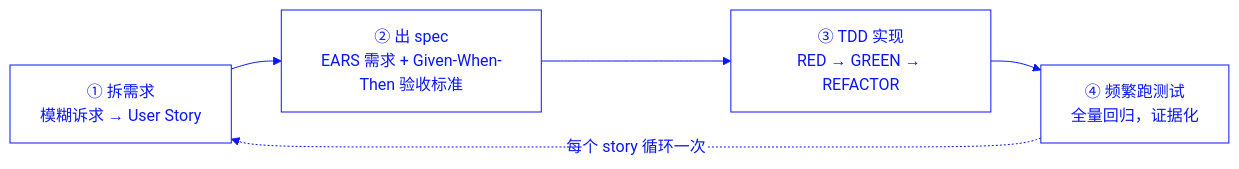
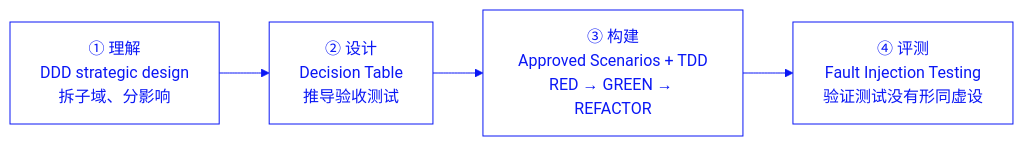
One commit to wubin28/first-pass-trust changed the diagram in ch01/README.md. Above: the diagram before and after it, drawn with Mermaid. The commit also changed other lines of this file and 18 other files, not shown here.

````diff
--- a/ch01/README.md
+++ b/ch01/README.md
@@ -27,13 +31,12 @@
 ```mermaid
 %%{init: {'theme':'base', 'themeVariables': {'primaryColor':'#FFFFFF','primaryTextColor':'#0A17F5','primaryBorderColor':'#0A17F5','lineColor':'#0A17F5','secondaryColor':'#FFFFFF','tertiaryColor':'#FFFFFF','background':'#FFFFFF'}}}%%
 flowchart LR
-    A["① 拆需求<br/>模糊诉求 → User Story"] --> B["② 出 spec<br/>EARS 需求 + Given-When-Then 验收标准"]
-    B --> C["③ TDD 实现<br/>RED → GREEN → REFACTOR"]
-    C --> D["④ 频繁跑测试<br/>全量回归，证据化"]
-    D -.每个 story 循环一次.-> A
+    A["① 理解<br/>DDD strategic design<br/>拆子域、分影响"] --> B["② 设计<br/>Decision Table<br/>推导验收测试"]
+    B --> C["③ 构建<br/>Approved Scenarios + TDD<br/>RED → GREEN → REFACTOR"]
+    C --> D["④ 评测<br/>Fault Injection Testing<br/>验证测试没有形同虚设"]
 
     style A fill:#FFFFFF,stroke:#0A17F5,color:#0A17F5
     style B fill:#FFFFFF,stroke:#0A17F5,color:#0A17F5
     style C fill:#FFFFFF,stroke:#0A17F5,color:#0A17F5
     style D fill:#FFFFFF,stroke:#0A17F5,color:#0A17F5
 ```
````
